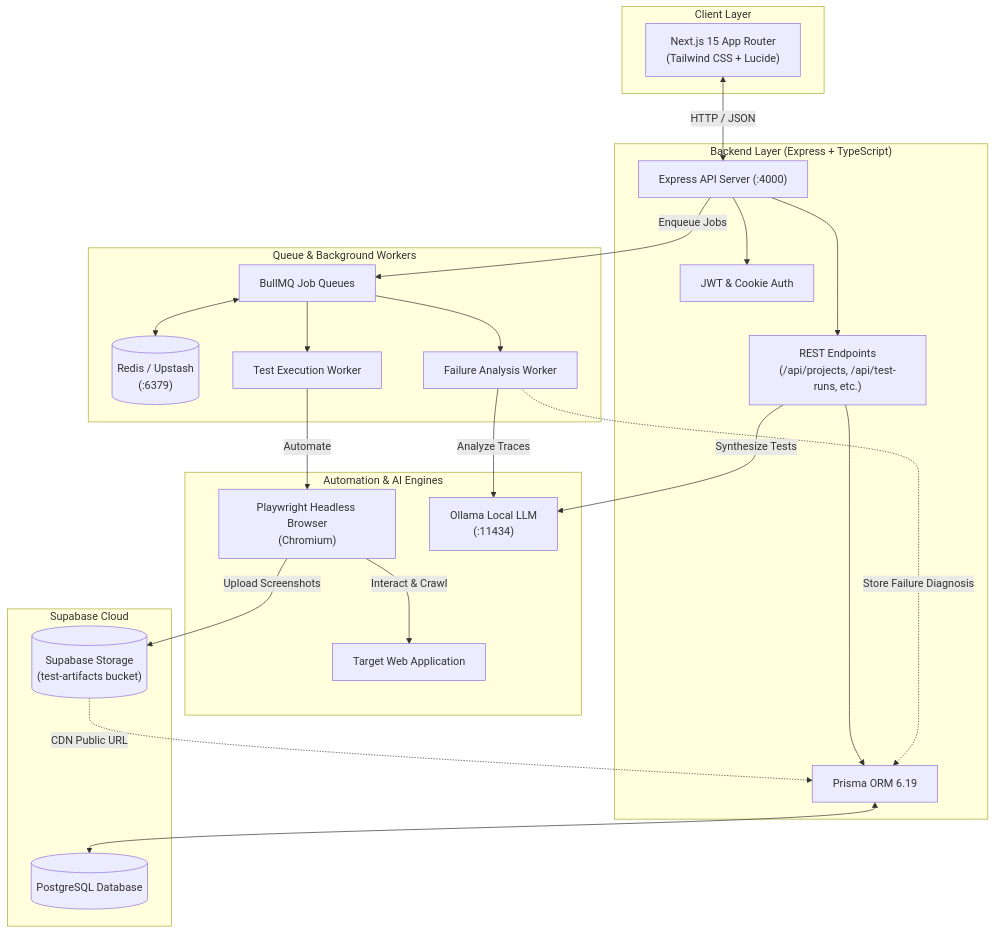
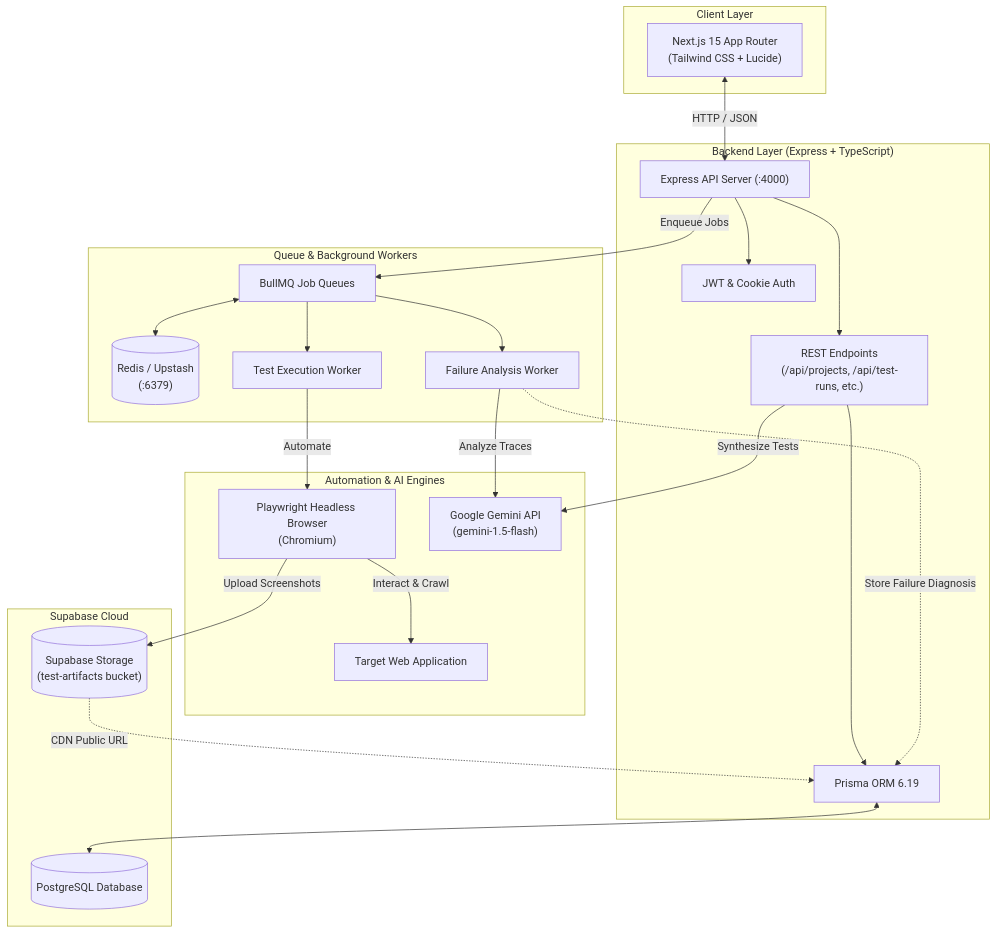
Before and after one commit to ArhamShameem/ai-tester: the first of 2 diagrams in README.md, drawn with Mermaid. The commit also changed other lines of this file and 10 other files, not shown here.

Commit message:
replaced ollama with gemini api

````diff
--- a/README.md
+++ b/README.md
@@ -37,52 +37,52 @@
 ```mermaid
 flowchart TD
     subgraph Client ["Client Layer"]
         UI["Next.js 15 App Router\n(Tailwind CSS + Lucide)"]
     end
 
     subgraph API ["Backend Layer (Express + TypeScript)"]
         Server["Express API Server (:4000)"]
         Auth["JWT & Cookie Auth"]
         Routes["REST Endpoints\n(/api/projects, /api/test-runs, etc.)"]
         Prisma["Prisma ORM 6.19"]
     end
 
     subgraph Queues ["Queue & Background Workers"]
         Redis[("Redis / Upstash\n(:6379)")]
         BullMQ["BullMQ Job Queues"]
         TestWorker["Test Execution Worker"]
         AIWorker["Failure Analysis Worker"]
     end
 
     subgraph External ["Automation & AI Engines"]
         PW["Playwright Headless Browser\n(Chromium)"]
         TargetApp["Target Web Application"]
-        Ollama["Ollama Local LLM\n(:11434)"]
+        Gemini["Google Gemini API\n(gemini-1.5-flash)"]
     end
 
     subgraph Cloud ["Supabase Cloud"]
         Postgres[("PostgreSQL Database")]
         Storage[("Supabase Storage\n(test-artifacts bucket)")]
     end
 
     %% Flow connections
     UI <-->|HTTP / JSON| Server
     Server --> Auth
     Server --> Routes
     Routes --> Prisma
     Prisma <--> Postgres
 
     Server -->|Enqueue Jobs| BullMQ
     BullMQ <--> Redis
     BullMQ --> TestWorker
     BullMQ --> AIWorker
 
     TestWorker -->|Automate| PW
     PW -->|Interact & Crawl| TargetApp
     PW -->|Upload Screenshots| Storage
     Storage -.->|CDN Public URL| Prisma
 
-    AIWorker -->|Analyze Traces| Ollama
-    Routes -->|Synthesize Tests| Ollama
+    AIWorker -->|Analyze Traces| Gemini
+    Routes -->|Synthesize Tests| Gemini
     AIWorker -.->|Store Failure Diagnosis| Prisma
 ```
````
